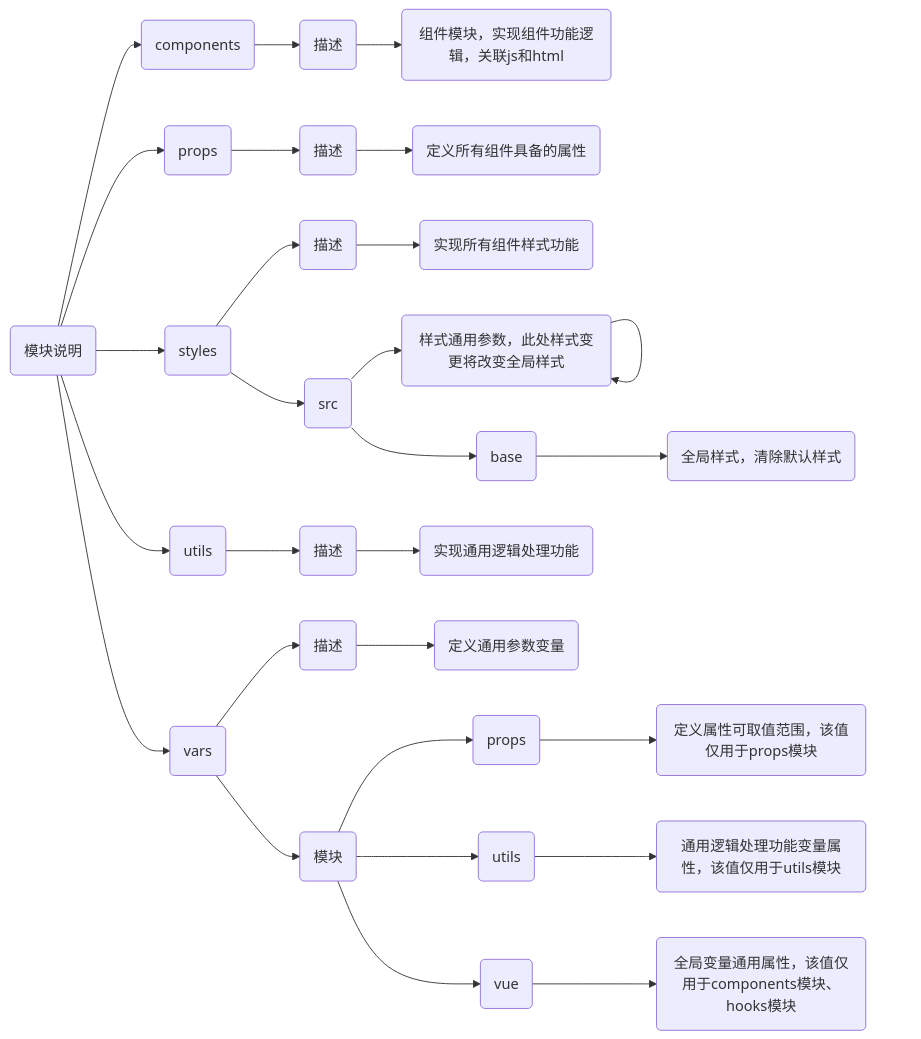
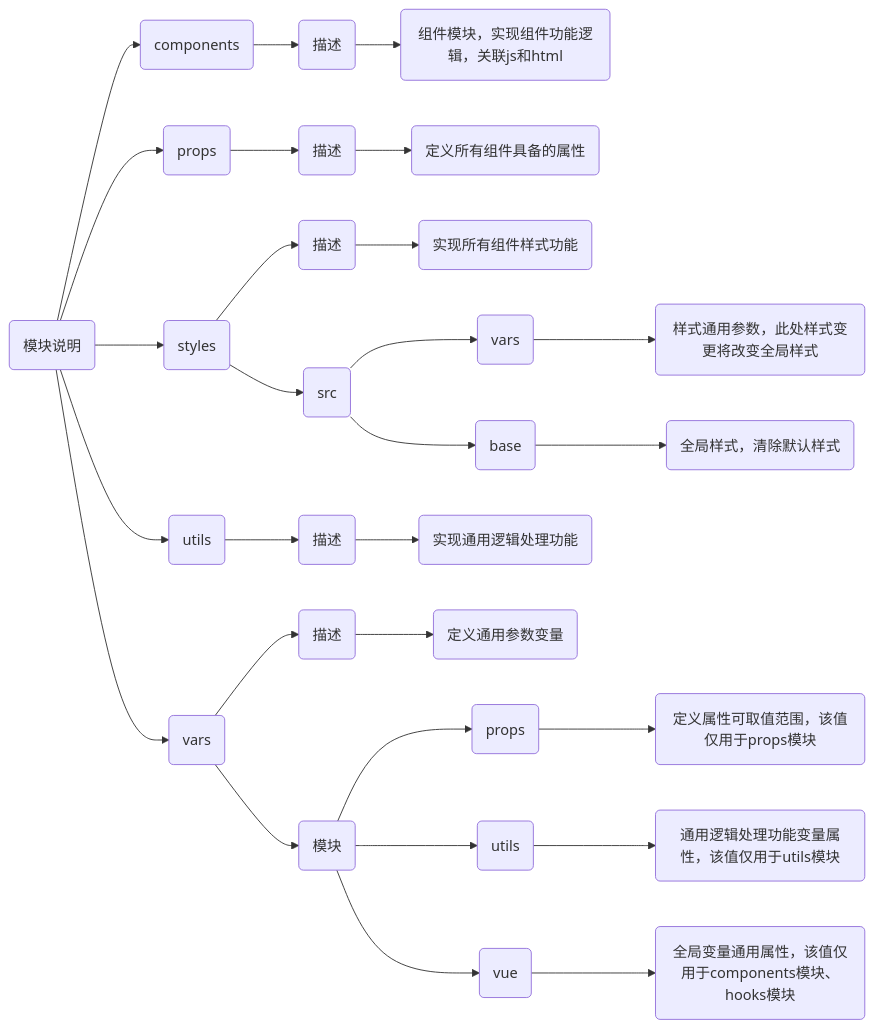
Before and after one commit to IsolatedTraveler/wdxx-ui: the diagram in packages/README.md, drawn with Mermaid.

````diff
--- a/packages/README.md
+++ b/packages/README.md
@@ -1,17 +1,17 @@
 ```mermaid
 graph LR
 A("模块说明")-->AA("components")-->AAA("描述")-->AAAA("组件模块，实现组件功能逻辑，关联js和html")
 
 A-->AB("props")-->ABA("描述")-->ABAA("定义所有组件具备的属性")
 
 A-->AC("styles")-->ACA("描述")-->ACAA("实现所有组件样式功能")
-AC-->ACB("src")-->ACBA("vars")-->ACBA("样式通用参数，此处样式变更将改变全局样式")
+AC-->ACB("src")-->ACBA("vars")-->ACBAA("样式通用参数，此处样式变更将改变全局样式")
 ACB-->ACBB("base")-->ACBBA("全局样式，清除默认样式")
 
 A-->AD("utils")-->ADA("描述")-->ADAA("实现通用逻辑处理功能")
 
 A-->AE("vars")-->AEA("描述")-->AEAA("定义通用参数变量")
 AE-->AEB("模块")-->AEBA("props")-->AEBAA("定义属性可取值范围，该值仅用于props模块")
 AEB-->AEBC("utils")-->AEBCA("通用逻辑处理功能变量属性，该值仅用于utils模块")
 AEB-->AEBD("vue")-->AEBDA("全局变量通用属性，该值仅用于components模块、hooks模块")
 ```
````
